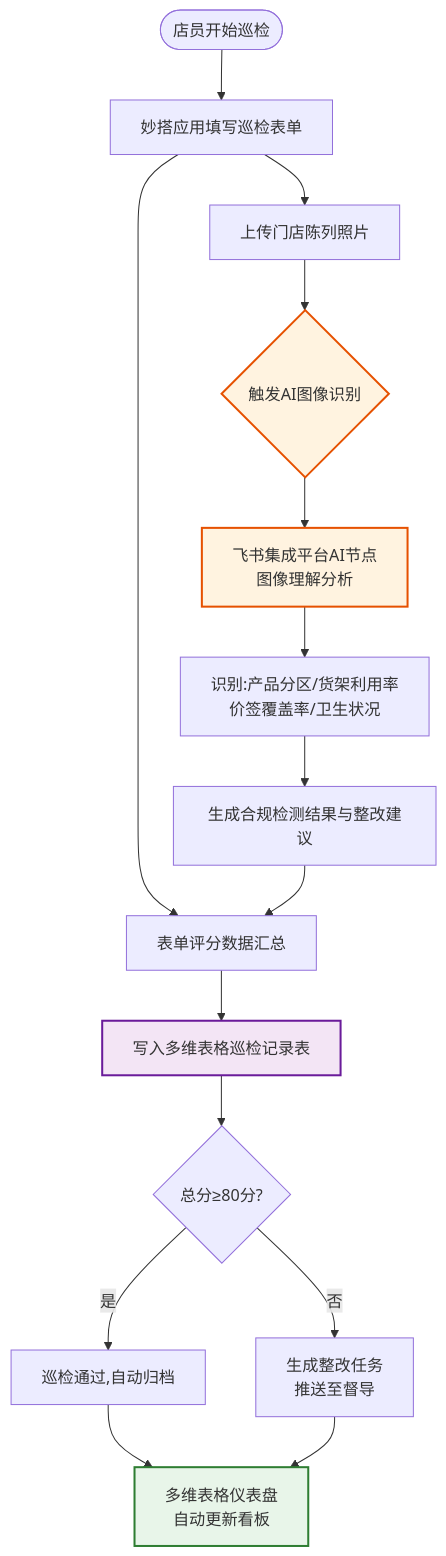
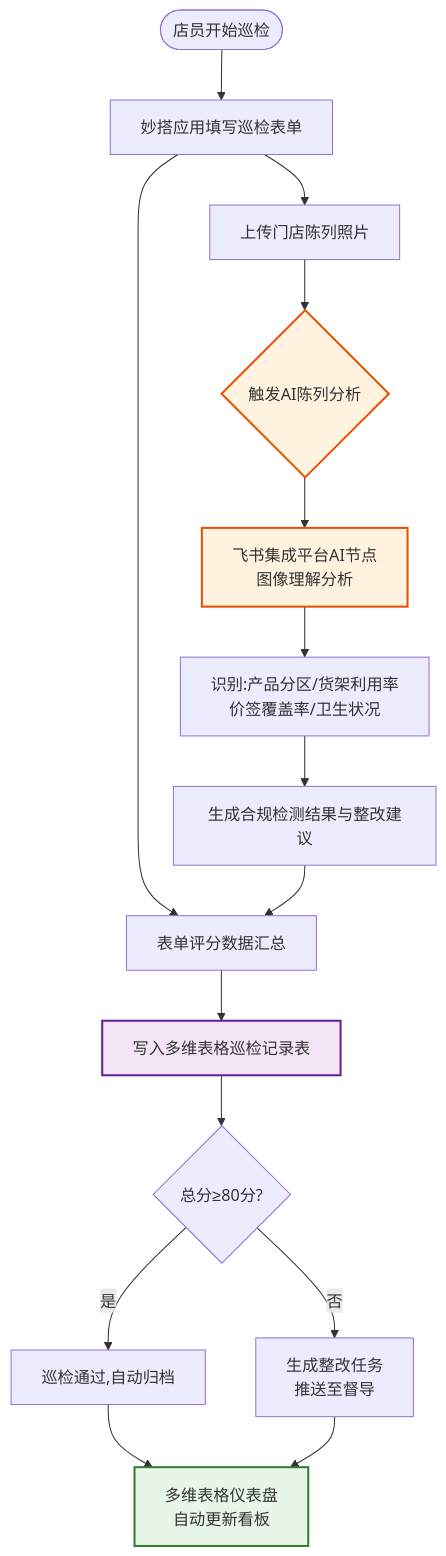
Before and after one commit to yunmm123/yuhong-smart-store: the third of 17 diagrams in docs/02_技术方案架构设计文档.md, drawn with Mermaid. The commit also changed other lines of this file and 21 other files, not shown here.

Commit message:
方案真实性修复：AI图像识别改为AI陈列分析，避免过度承诺

````diff
--- a/docs/02_技术方案架构设计文档.md
+++ b/docs/02_技术方案架构设计文档.md
@@ -174,22 +174,22 @@
 ```mermaid
 flowchart TB
     Start(["店员开始巡检"]) --> F1["妙搭应用填写巡检表单"]
     F1 --> F2["上传门店陈列照片"]
-    F2 --> F3{"触发AI图像识别"}
+    F2 --> F3{"触发AI陈列分析"}
     F3 --> F4["飞书集成平台AI节点\n图像理解分析"]
     F4 --> F5["识别:产品分区/货架利用率\n价签覆盖率/卫生状况"]
     F5 --> F6["生成合规检测结果与整改建议"]
     F1 --> F7["表单评分数据汇总"]
     F6 --> F7
     F7 --> F8["写入多维表格巡检记录表"]
     F8 --> F9{"总分≥80分?"}
     F9 -->|"是"| F10["巡检通过,自动归档"]
     F9 -->|"否"| F11["生成整改任务\n推送至督导"]
     F10 --> F12["多维表格仪表盘\n自动更新看板"]
     F11 --> F12
 
     style F3 fill:#FFF3E0,stroke:#E65100,stroke-width:2px
     style F4 fill:#FFF3E0,stroke:#E65100,stroke-width:2px
     style F8 fill:#F3E5F5,stroke:#6A1B9A,stroke-width:2px
     style F12 fill:#E8F5E9,stroke:#2E7D32,stroke-width:2px
 ```
````
